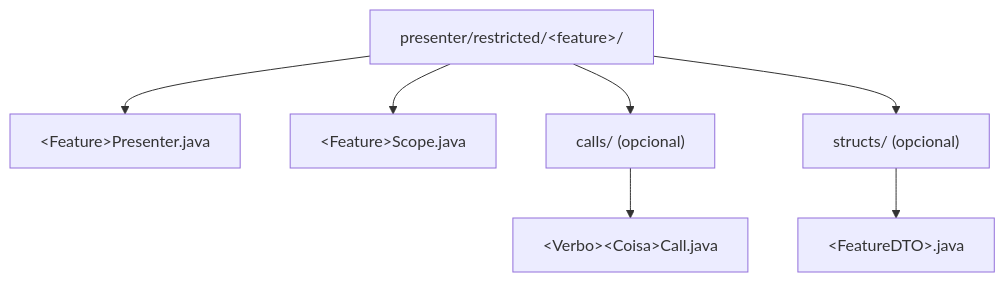
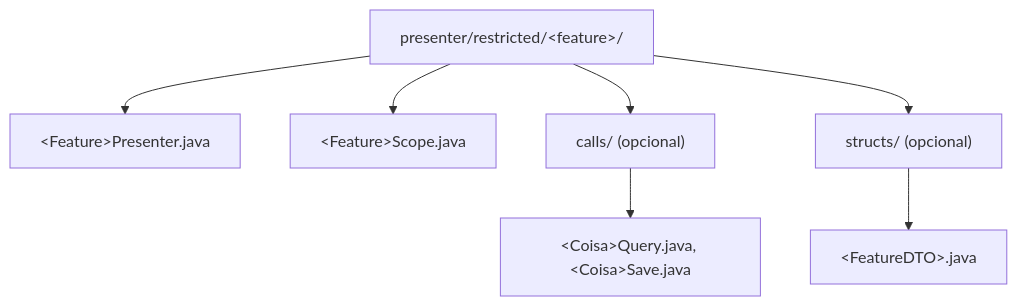
Before and after one commit to mrcdom/wdc-cube-java-v2: the fourth of 4 diagrams in fontes/br.com.wdc.shopping/br.com.wdc.shopping.presentation/README.md, drawn with Mermaid. The commit also changed other lines of this file and 15 other files, not shown here.

First line of the commit message:
✨ [FEATURE] chamadas com sufixo do que fazem: XxxQuery e XxxSave

````diff
--- a/fontes/br.com.wdc.shopping/br.com.wdc.shopping.presentation/README.md
+++ b/fontes/br.com.wdc.shopping/br.com.wdc.shopping.presentation/README.md
@@ -219,10 +223,10 @@
 ```mermaid
 graph TD
     feature["presenter/restricted/&lt;feature&gt;/"]
     feature --> Presenter["&lt;Feature&gt;Presenter.java"]
     feature --> Scope["&lt;Feature&gt;Scope.java"]
     feature --> calls["calls/ (opcional)"]
-    calls --> Call["&lt;Verbo&gt;&lt;Coisa&gt;Call.java"]
+    calls --> Call["&lt;Coisa&gt;Query.java, &lt;Coisa&gt;Save.java"]
     feature --> structs["structs/ (opcional)"]
     structs --> DTO["&lt;FeatureDTO&gt;.java"]
 ```
````
